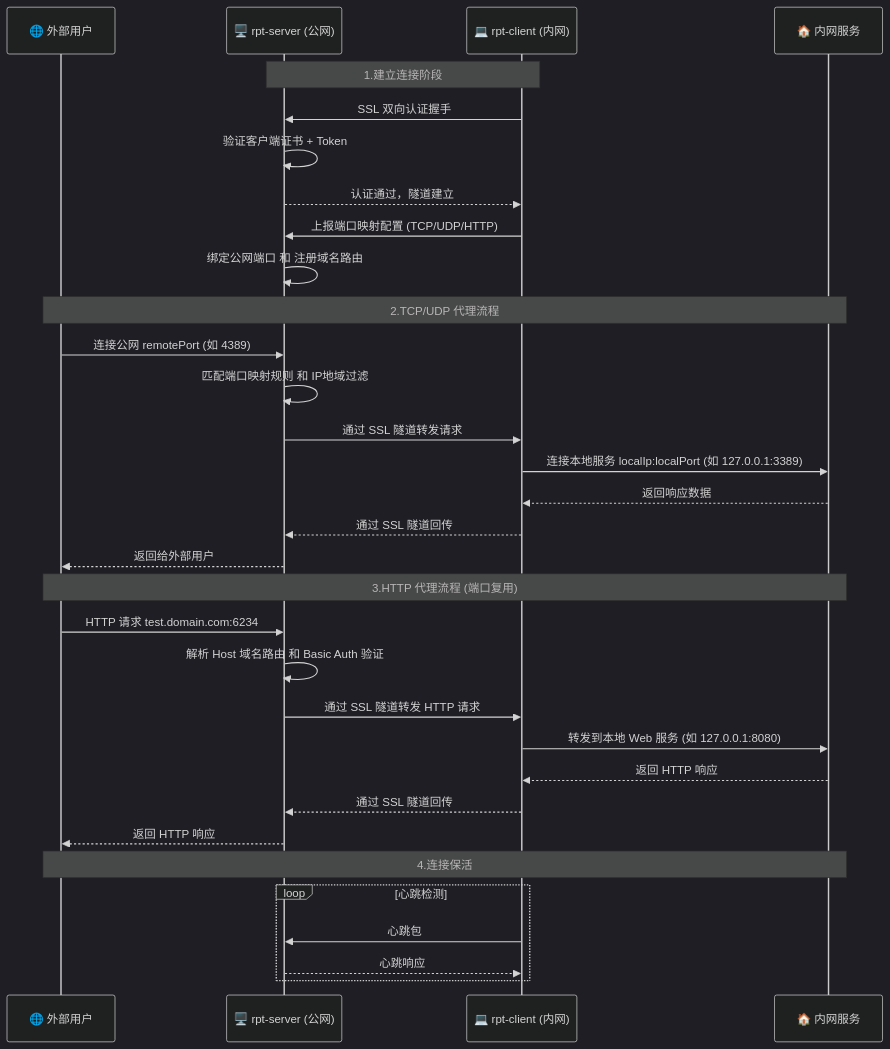
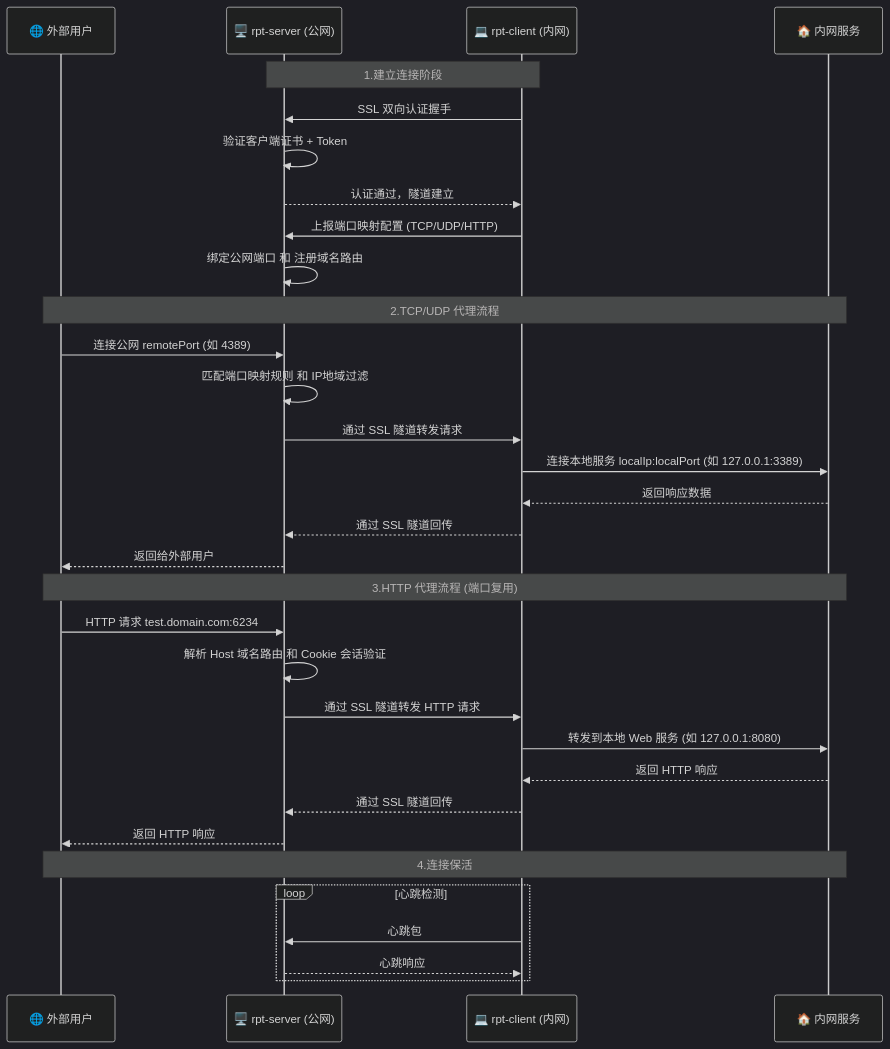
The diagram in README.md (iamlinhui/rpt), drawn with Mermaid (dark theme) before and after one commit. The commit also changed other lines of this file, not shown here.

````diff
--- a/README.md
+++ b/README.md
@@ -45,38 +45,38 @@
 ```mermaid
 sequenceDiagram
     participant U as 🌐 外部用户
     participant S as 🖥️ rpt-server (公网)
     participant C as 💻 rpt-client (内网)
     participant L as 🏠 内网服务
 
     Note over C,S: 1.建立连接阶段
     C->>S: SSL 双向认证握手
     S->>S: 验证客户端证书 + Token
     S-->>C: 认证通过，隧道建立
     C->>S: 上报端口映射配置 (TCP/UDP/HTTP)
     S->>S: 绑定公网端口 和 注册域名路由
 
     Note over U,L: 2.TCP/UDP 代理流程
     U->>S: 连接公网 remotePort (如 4389)
     S->>S: 匹配端口映射规则 和 IP地域过滤
     S->>C: 通过 SSL 隧道转发请求
     C->>L: 连接本地服务 localIp:localPort (如 127.0.0.1:3389)
     L-->>C: 返回响应数据
     C-->>S: 通过 SSL 隧道回传
     S-->>U: 返回给外部用户
 
     Note over U,L: 3.HTTP 代理流程 (端口复用)
     U->>S: HTTP 请求 test.domain.com:6234
-    S->>S: 解析 Host 域名路由 和 Basic Auth 验证
+    S->>S: 解析 Host 域名路由 和 Cookie 会话验证
     S->>C: 通过 SSL 隧道转发 HTTP 请求
     C->>L: 转发到本地 Web 服务 (如 127.0.0.1:8080)
     L-->>C: 返回 HTTP 响应
     C-->>S: 通过 SSL 隧道回传
     S-->>U: 返回 HTTP 响应
 
     Note over U,L: 4.连接保活
     loop 心跳检测
         C->>S: 心跳包
         S-->>C: 心跳响应
     end
 ```
````
